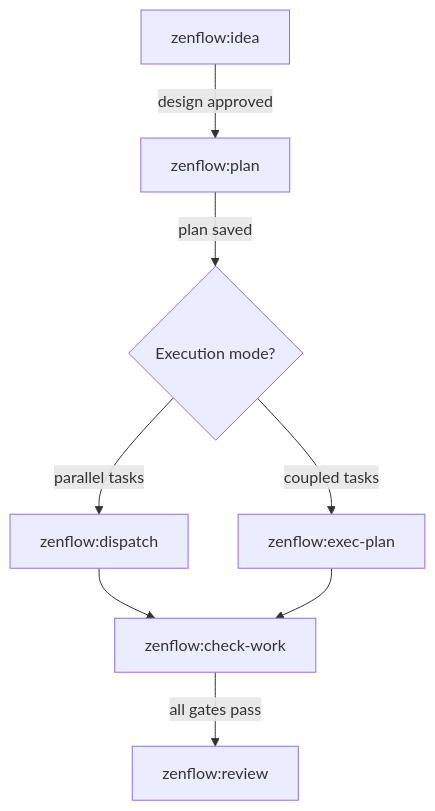
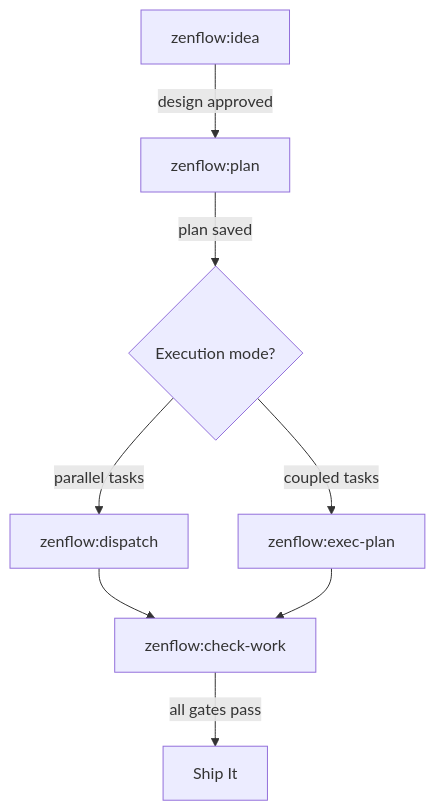
One commit to brewpirate/zen-flow changed the second of 4 diagrams in docs/plugins/zenflow/workflows.md. Above: the diagram before and after it, drawn with Mermaid. The commit also changed other lines of this file and 29 other files, not shown here.

````diff
--- a/docs/plugins/zenflow/workflows.md
+++ b/docs/plugins/zenflow/workflows.md
@@ -168,10 +118,10 @@
 ```mermaid
 flowchart TD
     idea["zenflow:idea"] -->|design approved| plan["zenflow:plan"]
     plan -->|plan saved| choose{Execution mode?}
     choose -->|parallel tasks| dispatch["zenflow:dispatch"]
     choose -->|coupled tasks| execplan["zenflow:exec-plan"]
     dispatch --> check["zenflow:check-work"]
     execplan --> check
-    check -->|all gates pass| review["zenflow:review"]
+    check -->|all gates pass| done["Ship It"]
 ```
````
